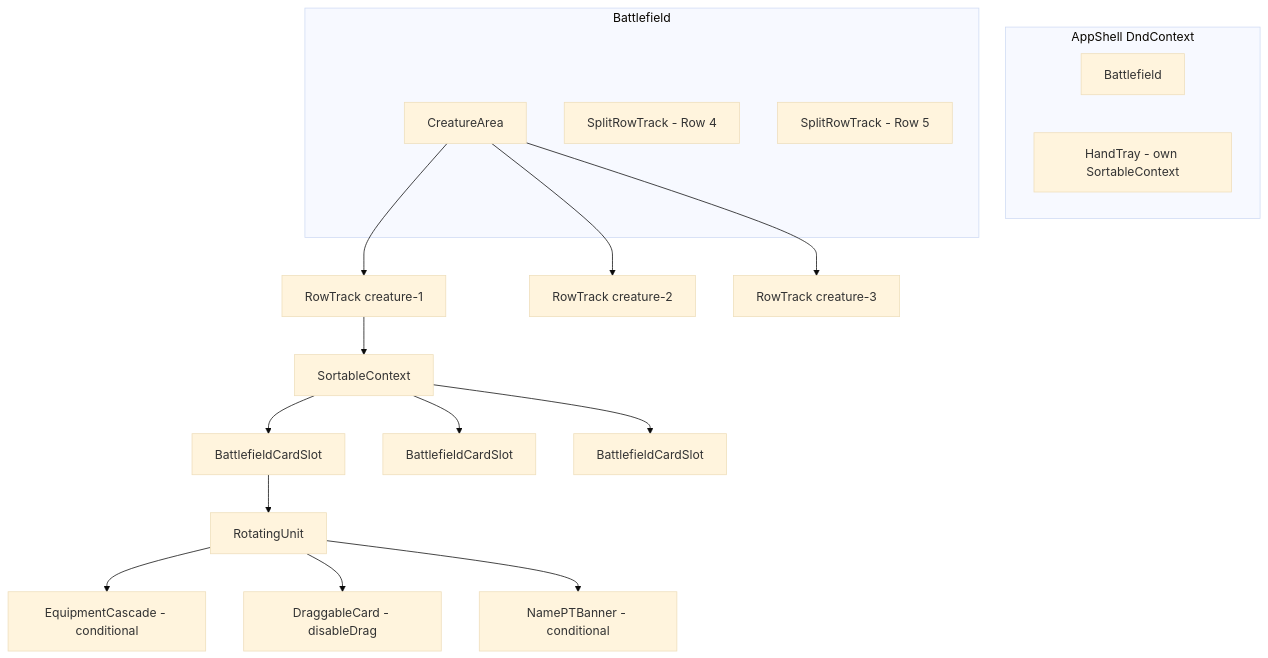
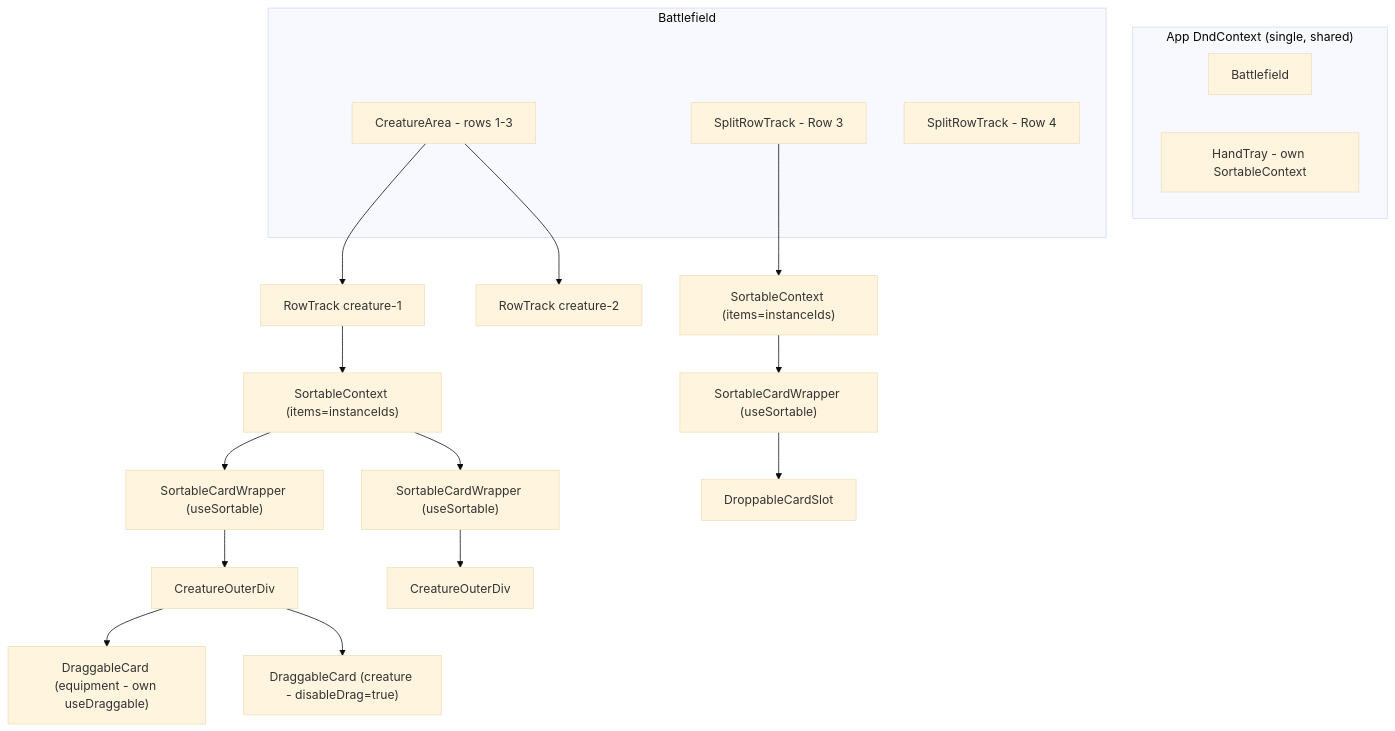
The first of 2 diagrams in .kiro/specs/battlefield-sortable/design.md (epfence1205-spec/tcg-playmat), drawn with Mermaid (base theme) before and after one commit. The commit also changed other lines of this file and 67 other files, not shown here.

Commit message:
feat: battlefield sortable, creature row splitting, equipment cascade, hover tracking, row rename (row4->row3, row5->row4)

````diff
--- a/.kiro/specs/battlefield-sortable/design.md
+++ b/.kiro/specs/battlefield-sortable/design.md
@@ -11,27 +19,28 @@
 ```mermaid
 graph TD
-    subgraph DndContext["AppShell DndContext"]
+    subgraph DndContext["App DndContext (single, shared)"]
         BF[Battlefield]
         HT[HandTray - own SortableContext]
     end
 
     subgraph Battlefield
-        CA[CreatureArea]
-        SR4[SplitRowTrack - Row 4]
-        SR5[SplitRowTrack - Row 5]
+        CA[CreatureArea - rows 1-3]
+        SR4[SplitRowTrack - Row 3]
+        SR5[SplitRowTrack - Row 4]
     end
 
     CA --> RT1[RowTrack creature-1]
     CA --> RT2[RowTrack creature-2]
-    CA --> RT3[RowTrack creature-3]
+    RT1 --> SC1["SortableContext (items=instanceIds)"]
+    SC1 --> SW1["SortableCardWrapper (useSortable)"]
+    SC1 --> SW2["SortableCardWrapper (useSortable)"]
+    SW1 --> COD1[CreatureOuterDiv]
+    SW2 --> COD2[CreatureOuterDiv]
 
-    RT1 --> SC1[SortableContext]
-    SC1 --> BCS1[BattlefieldCardSlot]
-    SC1 --> BCS2[BattlefieldCardSlot]
-    SC1 --> BCS3[BattlefieldCardSlot]
+    COD1 --> EQ["DraggableCard (equipment - own useDraggable)"]
+    COD1 --> MAIN["DraggableCard (creature - disableDrag=true)"]
 
-    BCS1 --> RU[RotatingUnit]
-    RU --> EC[EquipmentCascade - conditional]
-    RU --> CARD[DraggableCard - disableDrag]
-    RU --> BAN[NamePTBanner - conditional]
+    SR4 --> SC4["SortableContext (items=instanceIds)"]
+    SC4 --> SW4["SortableCardWrapper (useSortable)"]
+    SW4 --> DCS[DroppableCardSlot]
 ```
````
